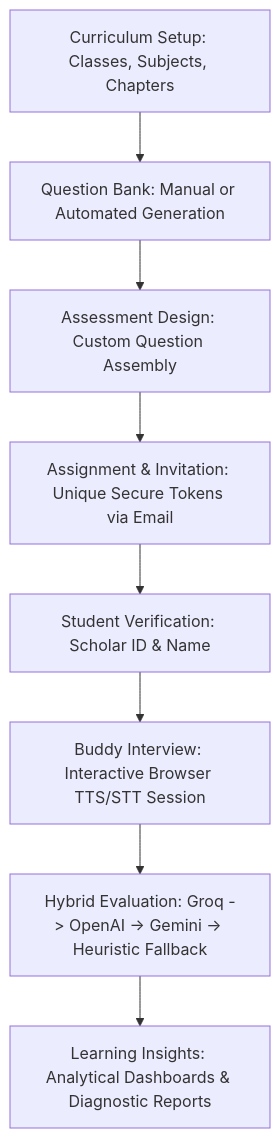
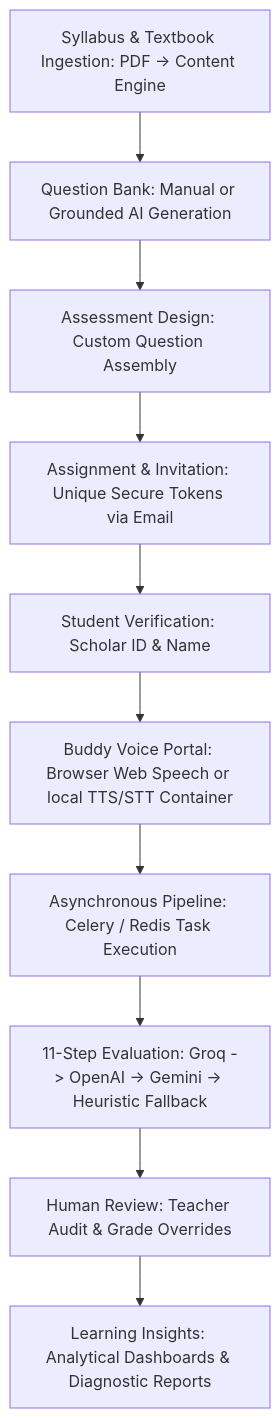
Before and after one commit to unnatishrotriya07/primary-assessment-backend: the diagram in PRODUCT_DOCUMENTATION.md, drawn with Mermaid. The commit also changed other lines of this file and 32 other files, not shown here.

Commit message:
feat(voice): implement oral assessment voice engine, conversation integration and evaluation pipeline

````diff
--- a/PRODUCT_DOCUMENTATION.md
+++ b/PRODUCT_DOCUMENTATION.md
@@ -45,10 +46,12 @@
 ```mermaid
 graph TD
-    A[Curriculum Setup: Classes, Subjects, Chapters] --> B[Question Bank: Manual or Automated Generation]
+    A[Syllabus & Textbook Ingestion: PDF -> Content Engine] --> B[Question Bank: Manual or Grounded AI Generation]
     B --> C[Assessment Design: Custom Question Assembly]
     C --> D[Assignment & Invitation: Unique Secure Tokens via Email]
     D --> E[Student Verification: Scholar ID & Name]
-    E --> F[Buddy Interview: Interactive Browser TTS/STT Session]
-    F --> G[Hybrid Evaluation: Groq -> OpenAI -> Gemini -> Heuristic Fallback]
-    G --> H[Learning Insights: Analytical Dashboards & Diagnostic Reports]
+    E --> F[Buddy Voice Portal: Browser Web Speech or local TTS/STT Container]
+    F --> G[Asynchronous Pipeline: Celery / Redis Task Execution]
+    G --> H[11-Step Evaluation: Groq -> OpenAI -> Gemini -> Heuristic Fallback]
+    H --> I[Human Review: Teacher Audit & Grade Overrides]
+    I --> J[Learning Insights: Analytical Dashboards & Diagnostic Reports]
 ```
````
